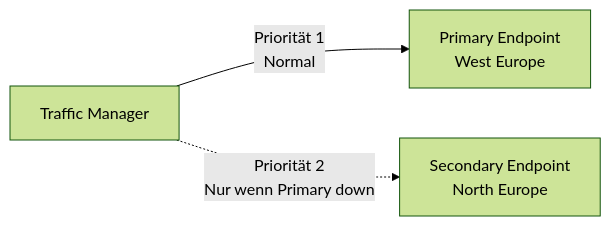
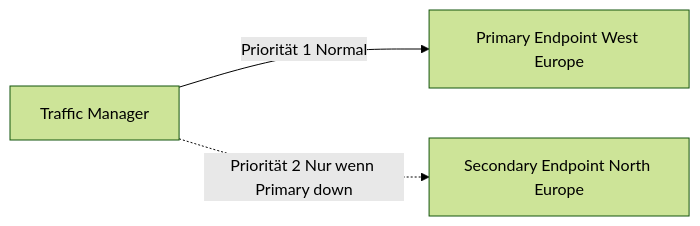
One commit to SoniiiT/notes-n-docs changed the second of 7 diagrams in Microsoft 365/Azure/Netzwerk/Azure Traffic Manager.md. Above: the diagram before and after it, drawn with Mermaid (forest theme). The commit also changed other lines of this file and 124 other files, not shown here.

First line of the commit message:
fix: Entferne \n aus allen Mermaid-Diagrammen (125 Dateien)

````diff
--- a/Microsoft 365/Azure/Netzwerk/Azure Traffic Manager.md
+++ b/Microsoft 365/Azure/Netzwerk/Azure Traffic Manager.md
@@ -56,5 +56,5 @@
 ```mermaid
 graph LR
-    TM[Traffic Manager] -->|Priorität 1\nNormal| PRIMARY[Primary Endpoint\nWest Europe]
-    TM -.->|Priorität 2\nNur wenn Primary down| SECONDARY[Secondary Endpoint\nNorth Europe]
+    TM[Traffic Manager] -->|Priorität 1 Normal| PRIMARY[Primary Endpoint West Europe]
+    TM -.->|Priorität 2 Nur wenn Primary down| SECONDARY[Secondary Endpoint North Europe]
 ```
````
